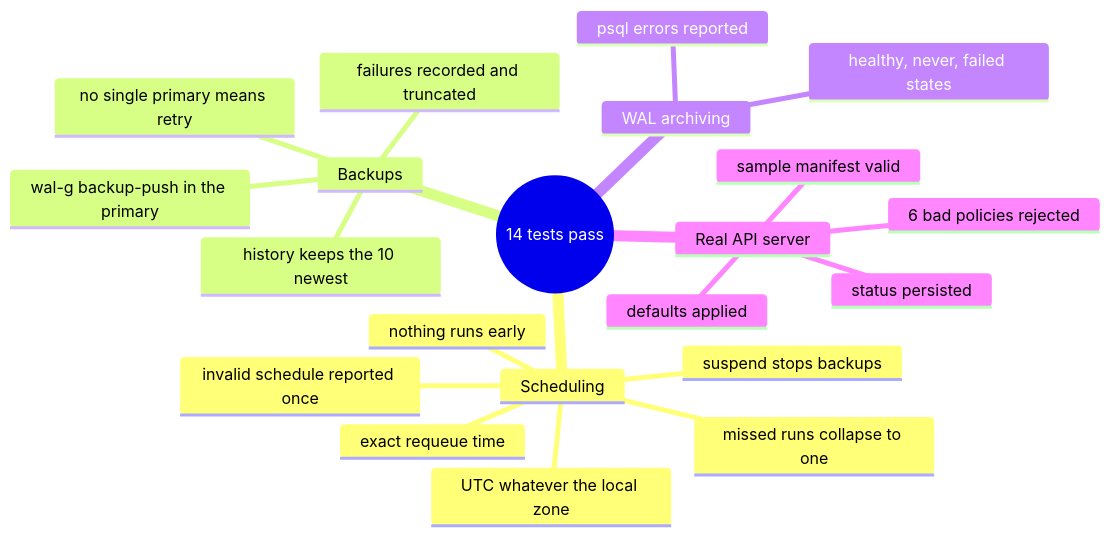
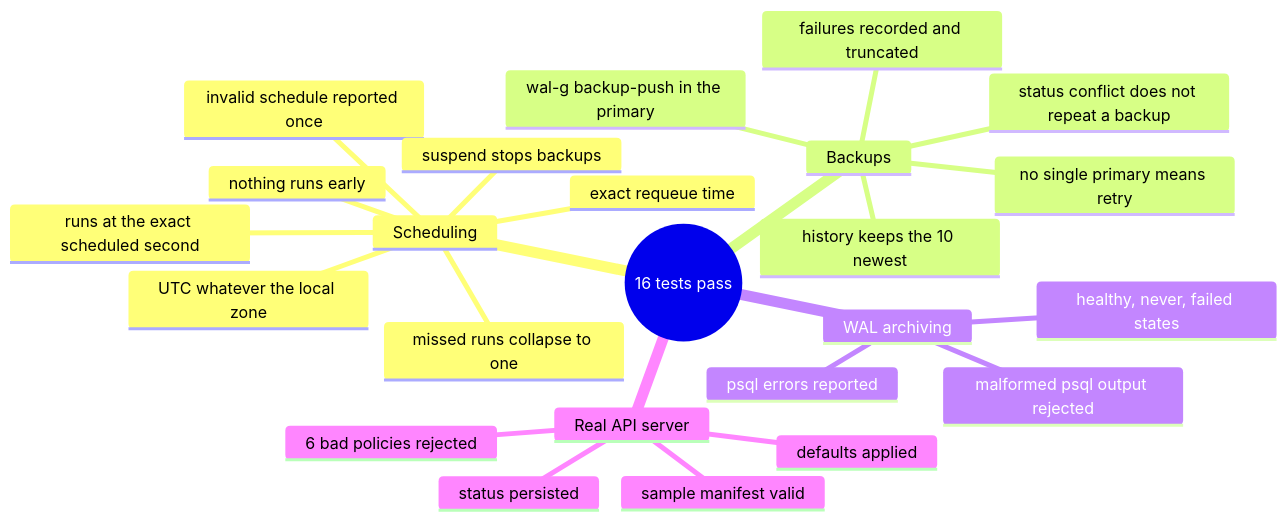
Before and after one commit to EquinoxWN/db-backup-operator: the second of 2 diagrams in README.md, drawn with Mermaid. The commit also changed other lines of this file and 2 other files, not shown here.

Commit message:
test: check the 10 quality rules, kill surviving mutants

````diff
--- a/README.md
+++ b/README.md
@@ -102,24 +102,27 @@
 ```mermaid
 mindmap
-  root((14 tests pass))
+  root((16 tests pass))
     Scheduling
       nothing runs early
+      runs at the exact scheduled second
       exact requeue time
       missed runs collapse to one
       UTC whatever the local zone
       invalid schedule reported once
       suspend stops backups
     Backups
       wal-g backup-push in the primary
       failures recorded and truncated
       history keeps the 10 newest
       no single primary means retry
+      status conflict does not repeat a backup
     WAL archiving
       healthy, never, failed states
+      malformed psql output rejected
       psql errors reported
     Real API server
       defaults applied
       6 bad policies rejected
       status persisted
       sample manifest valid
 ```
````
